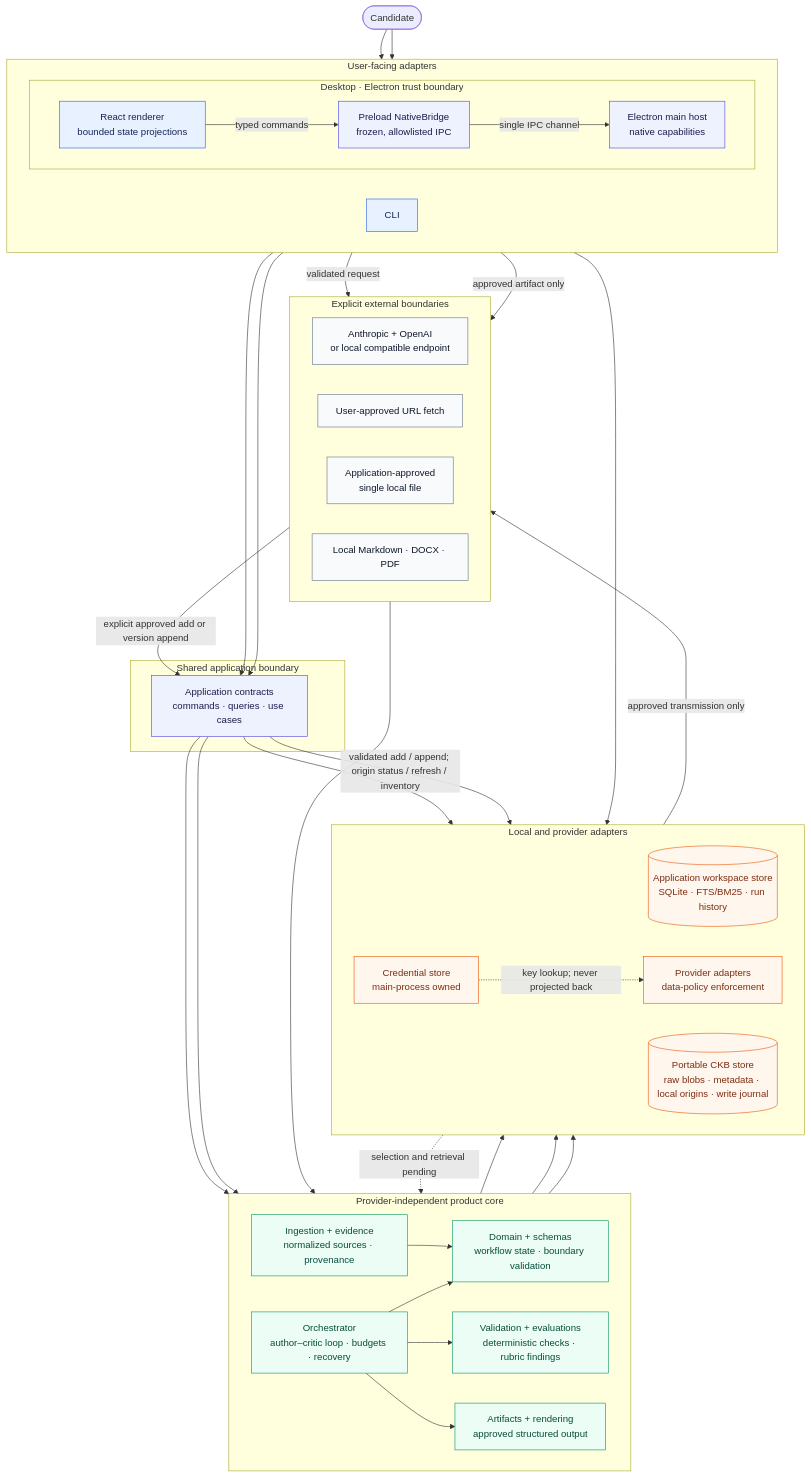
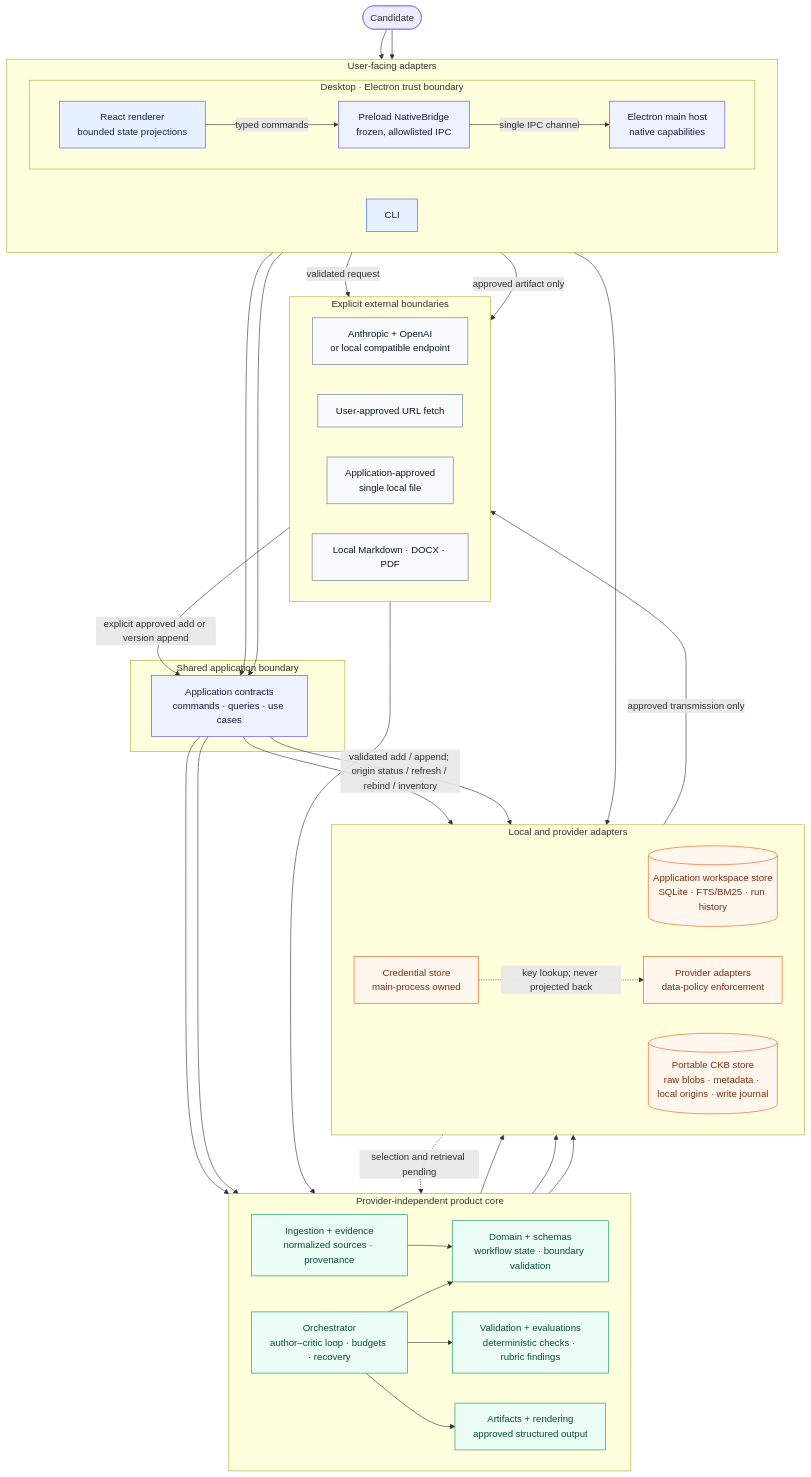
The diagram in docs/architecture.md (akoita/draft-loop), drawn with Mermaid before and after one commit. The commit also changed other lines of this file and 10 other files, not shown here.

````diff
--- a/docs/architecture.md
+++ b/docs/architecture.md
@@ -10,82 +10,82 @@
 ```mermaid
 flowchart TB
     User([Candidate])
 
     subgraph Adapters["User-facing adapters"]
         direction LR
         CLI["CLI"]
 
         subgraph Desktop["Desktop · Electron trust boundary"]
             direction LR
             Renderer["React renderer<br/>bounded state projections"]
             Bridge["Preload NativeBridge<br/>frozen, allowlisted IPC"]
             Host["Electron main host<br/>native capabilities"]
             Renderer -->|"typed commands"| Bridge
             Bridge -->|"single IPC channel"| Host
         end
     end
 
     subgraph Application["Shared application boundary"]
         App["Application contracts<br/>commands · queries · use cases"]
     end
 
     subgraph Core["Provider-independent product core"]
         direction LR
         Orchestrator["Orchestrator<br/>author–critic loop · budgets · recovery"]
         Domain["Domain + schemas<br/>workflow state · boundary validation"]
         Knowledge["Ingestion + evidence<br/>normalized sources · provenance"]
         Quality["Validation + evaluations<br/>deterministic checks · rubric findings"]
         Artifacts["Artifacts + rendering<br/>approved structured output"]
         Orchestrator --> Domain
         Knowledge --> Domain
         Orchestrator --> Quality
         Orchestrator --> Artifacts
     end
 
     subgraph Infrastructure["Local and provider adapters"]
         direction LR
         WorkspaceStore[("Application workspace store<br/>SQLite · FTS/BM25 · run history")]
         CKBStore[("Portable CKB store<br/>raw blobs · metadata · local origins · write journal")]
         Providers["Provider adapters<br/>data-policy enforcement"]
         Credentials["Credential store<br/>main-process owned"]
     end
 
     subgraph External["Explicit external boundaries"]
         direction LR
         Models["Anthropic + OpenAI<br/>or local compatible endpoint"]
         URL["User-approved URL fetch"]
         LocalFile["Application-approved<br/>single local file"]
         Export["Local Markdown · DOCX · PDF"]
     end
 
     User --> CLI
     User --> Renderer
     CLI --> App
     Host --> App
     App --> Orchestrator
     App --> Knowledge
     App --> WorkspaceStore
     Domain --> WorkspaceStore
     Knowledge --> WorkspaceStore
-    App -->|"validated add / append; origin status / refresh / inventory"| CKBStore
+    App -->|"validated add / append; origin status / refresh / rebind / inventory"| CKBStore
     CKBStore -.->|"selection and retrieval pending"| Knowledge
     Orchestrator --> Providers
     Host --> Credentials
     Credentials -.->|"key lookup; never projected back"| Providers
     Providers -->|"approved transmission only"| Models
     Host -->|"validated request"| URL
     URL --> Knowledge
     LocalFile -->|"explicit approved add or version append"| App
     Host -->|"approved artifact only"| Export
 
     classDef ui fill:#e8f1ff,stroke:#2563eb,color:#172554;
     classDef boundary fill:#eef2ff,stroke:#4f46e5,color:#1e1b4b;
     classDef core fill:#ecfdf5,stroke:#059669,color:#064e3b;
     classDef infra fill:#fff7ed,stroke:#ea580c,color:#7c2d12;
     classDef external fill:#f8fafc,stroke:#64748b,color:#0f172a;
     class CLI,Renderer ui;
     class Bridge,Host,App boundary;
     class Orchestrator,Domain,Knowledge,Quality,Artifacts core;
     class WorkspaceStore,CKBStore,Providers,Credentials infra;
     class Models,URL,LocalFile,Export external;
 ```
````
